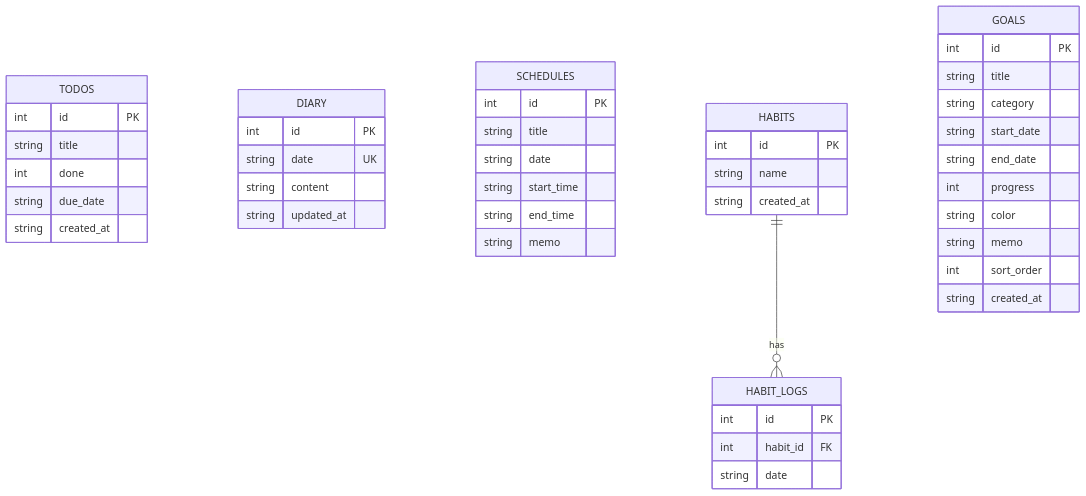
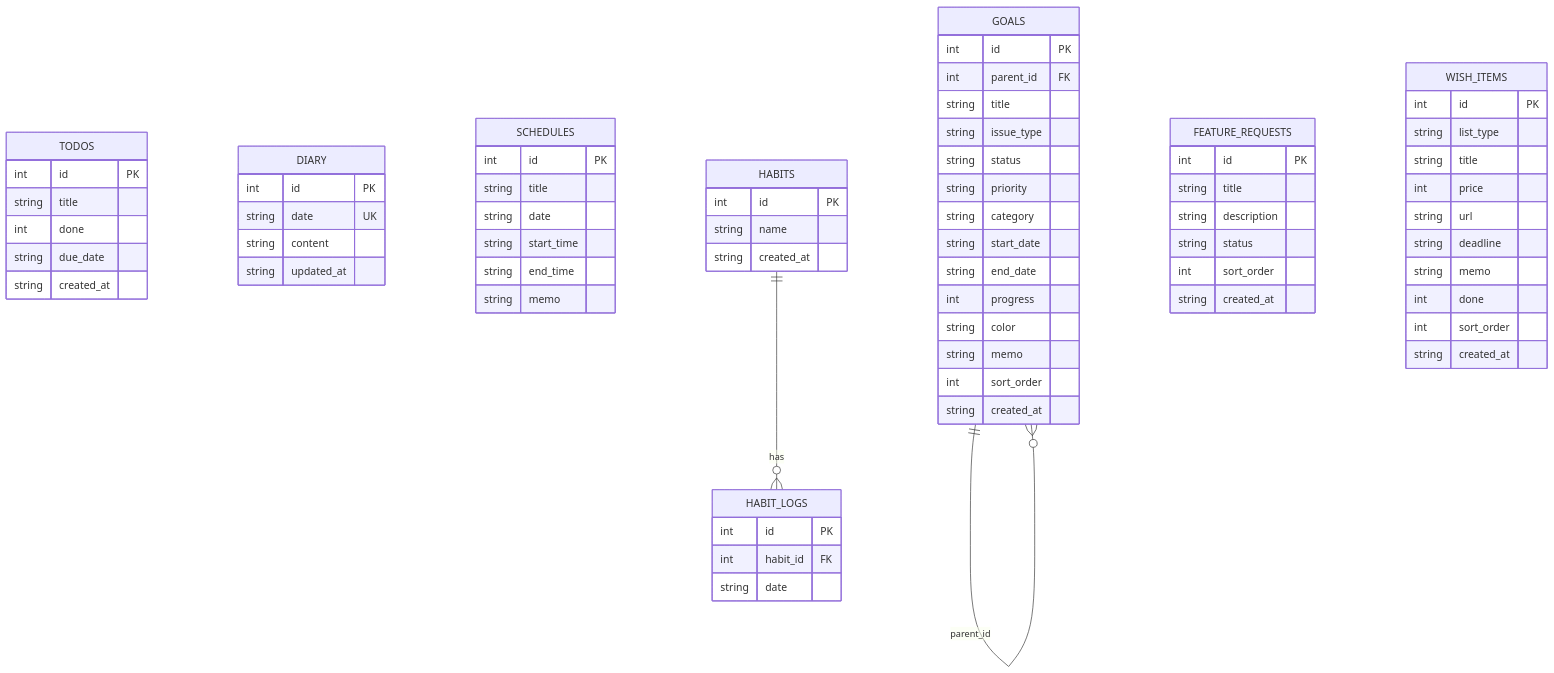
One commit to tkmain-dev/self-os changed the diagram in docs/database.md. Above: the diagram before and after it, drawn with Mermaid. The commit also changed other lines of this file and 6 other files, not shown here.

````diff
--- a/docs/database.md
+++ b/docs/database.md
@@ -5,53 +13,80 @@
 ```mermaid
 erDiagram
     TODOS {
         int id PK
         string title
         int done
         string due_date
         string created_at
     }
 
     DIARY {
         int id PK
         string date UK
         string content
         string updated_at
     }
 
     SCHEDULES {
         int id PK
         string title
         string date
         string start_time
         string end_time
         string memo
     }
 
     HABITS {
         int id PK
         string name
         string created_at
     }
 
     HABIT_LOGS {
         int id PK
         int habit_id FK
         string date
     }
 
     GOALS {
         int id PK
+        int parent_id FK
         string title
+        string issue_type
+        string status
+        string priority
         string category
         string start_date
         string end_date
         int progress
         string color
         string memo
         int sort_order
         string created_at
     }
 
+    FEATURE_REQUESTS {
+        int id PK
+        string title
+        string description
+        string status
+        int sort_order
+        string created_at
+    }
+
+    WISH_ITEMS {
+        int id PK
+        string list_type
+        string title
+        int price
+        string url
+        string deadline
+        string memo
+        int done
+        int sort_order
+        string created_at
+    }
+
     HABITS ||--o{ HABIT_LOGS : "has"
+    GOALS ||--o{ GOALS : "parent_id"
 ```
````
